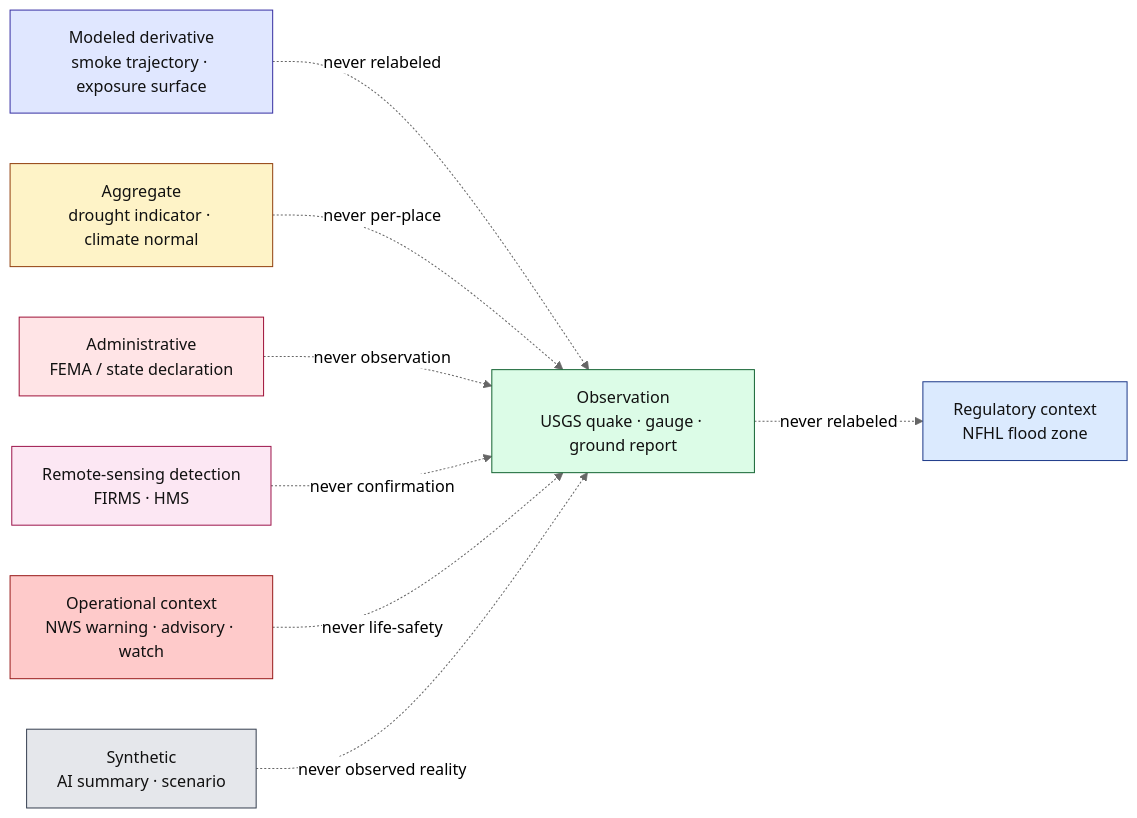
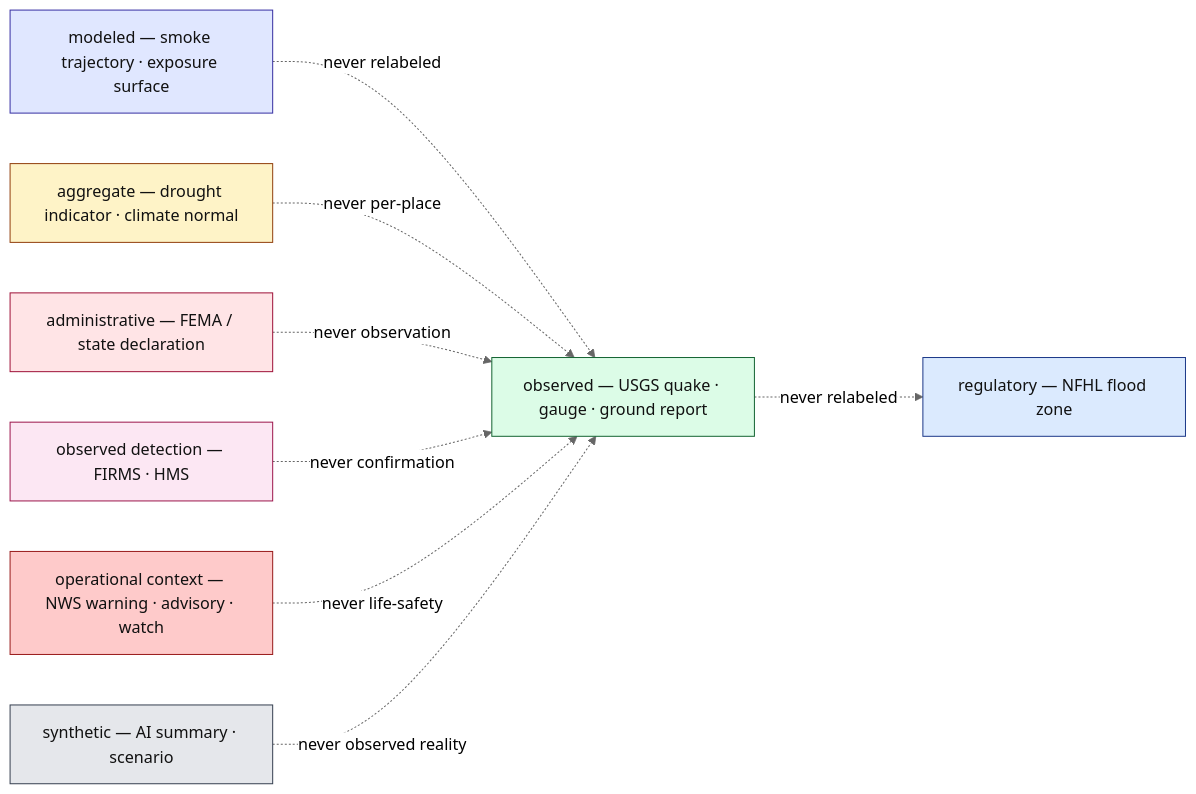
The third of 3 diagrams in docs/domains/hazards/README.md (bartytime4life/Kansas-Frontier-Matrix), drawn with Mermaid (neutral theme) before and after one commit. The commit also changed other lines of this file, not shown here.

````diff
--- a/docs/domains/hazards/README.md
+++ b/docs/domains/hazards/README.md
@@ -468,28 +486,28 @@
 ```mermaid
 flowchart LR
   classDef obs fill:#DCFCE7,stroke:#166534,color:#111;
   classDef reg fill:#DBEAFE,stroke:#1E3A8A,color:#111;
   classDef mod fill:#E0E7FF,stroke:#3730A3,color:#111;
   classDef agg fill:#FEF3C7,stroke:#92400E,color:#111;
   classDef adm fill:#FFE4E6,stroke:#9F1239,color:#111;
   classDef det fill:#FCE7F3,stroke:#9D174D,color:#111;
   classDef op  fill:#FECACA,stroke:#991B1B,color:#111;
   classDef syn fill:#E5E7EB,stroke:#374151,color:#111;
 
-  OBS["Observation<br/>USGS quake · gauge · ground report"]:::obs
-  REG["Regulatory context<br/>NFHL flood zone"]:::reg
-  MOD["Modeled derivative<br/>smoke trajectory · exposure surface"]:::mod
-  AGG["Aggregate<br/>drought indicator · climate normal"]:::agg
-  ADM["Administrative<br/>FEMA / state declaration"]:::adm
-  DET["Remote-sensing detection<br/>FIRMS · HMS"]:::det
-  OP["Operational context<br/>NWS warning · advisory · watch"]:::op
-  SYN["Synthetic<br/>AI summary · scenario"]:::syn
+  OBS["observed — USGS quake · gauge · ground report"]:::obs
+  REG["regulatory — NFHL flood zone"]:::reg
+  MOD["modeled — smoke trajectory · exposure surface"]:::mod
+  AGG["aggregate — drought indicator · climate normal"]:::agg
+  ADM["administrative — FEMA / state declaration"]:::adm
+  DET["observed detection — FIRMS · HMS"]:::det
+  OP["operational context — NWS warning · advisory · watch"]:::op
+  SYN["synthetic — AI summary · scenario"]:::syn
 
   OBS -. never relabeled .-> REG
   MOD -. never relabeled .-> OBS
   AGG -. never per-place .-> OBS
   ADM -. never observation .-> OBS
   DET -. never confirmation .-> OBS
   OP  -. never life-safety .-> OBS
   SYN -. never observed reality .-> OBS
 ```
````
